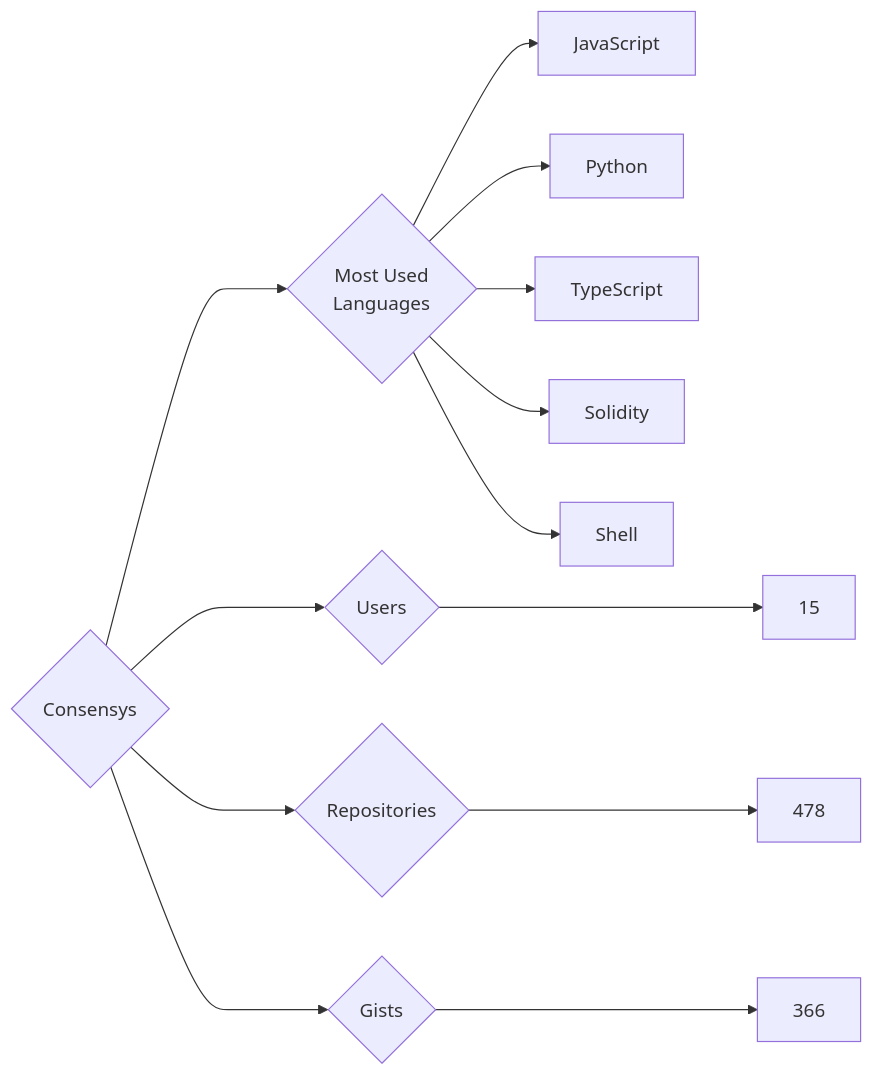
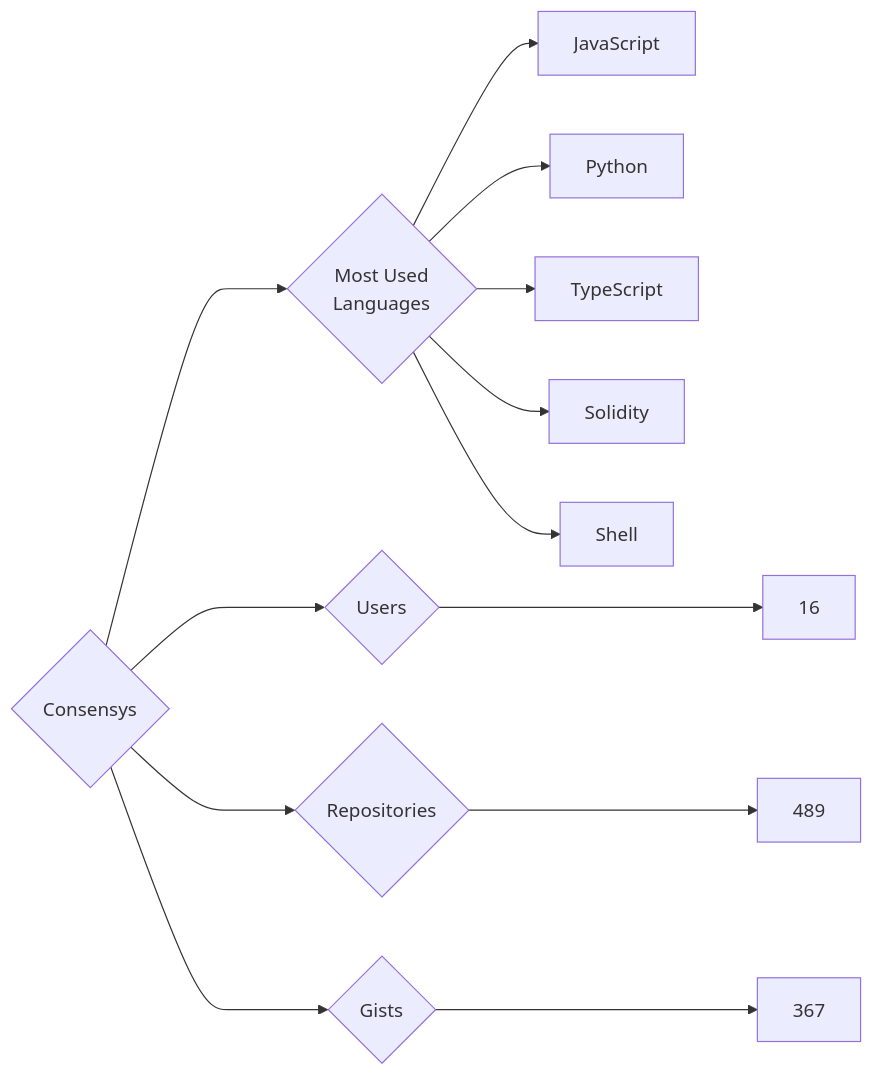
The diagram in targets/Consensys/README.md (trickest/insiders), drawn with Mermaid before and after one commit. The commit also changed 611 other files, not shown here.

````diff
--- a/targets/Consensys/README.md
+++ b/targets/Consensys/README.md
@@ -3,13 +3,13 @@
 ```mermaid
 graph LR
 COMPANY_NAME{Consensys}
-COMPANY_NAME ---> U{Users} ---> UN[15]
-COMPANY_NAME ---> R{Repositories} ---> RN[478]
-COMPANY_NAME ---> G{Gists} ---> GN[366]
+COMPANY_NAME ---> U{Users} ---> UN[16]
+COMPANY_NAME ---> R{Repositories} ---> RN[489]
+COMPANY_NAME ---> G{Gists} ---> GN[367]
 COMPANY_NAME ---> ML{Most Used<br>Languages}
 ML --> JavaScript[JavaScript]
 ML --> Python[Python]
 ML --> TypeScript[TypeScript]
 ML --> Solidity[Solidity]
 ML --> Shell[Shell]
 ```
````
